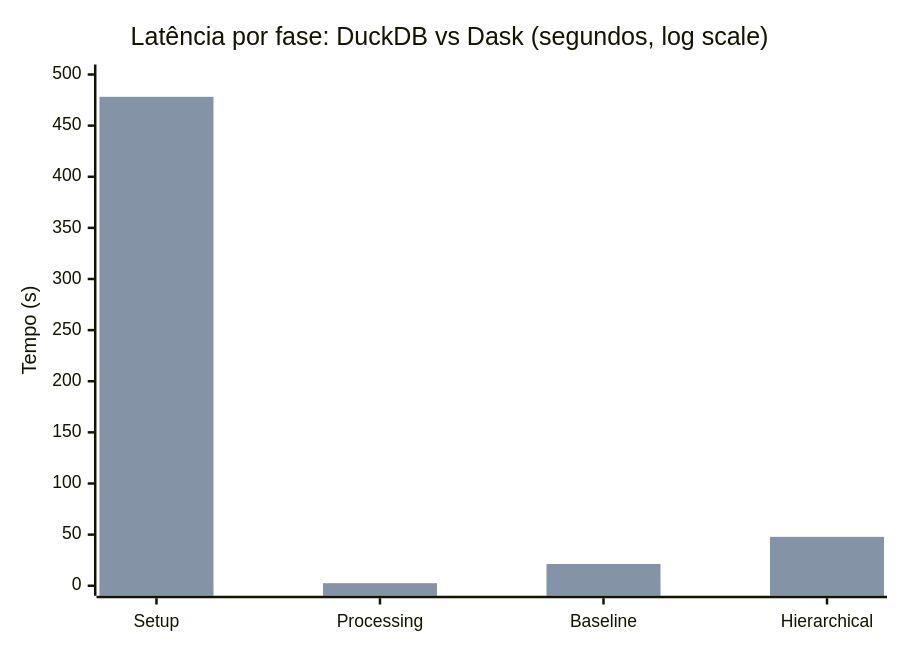
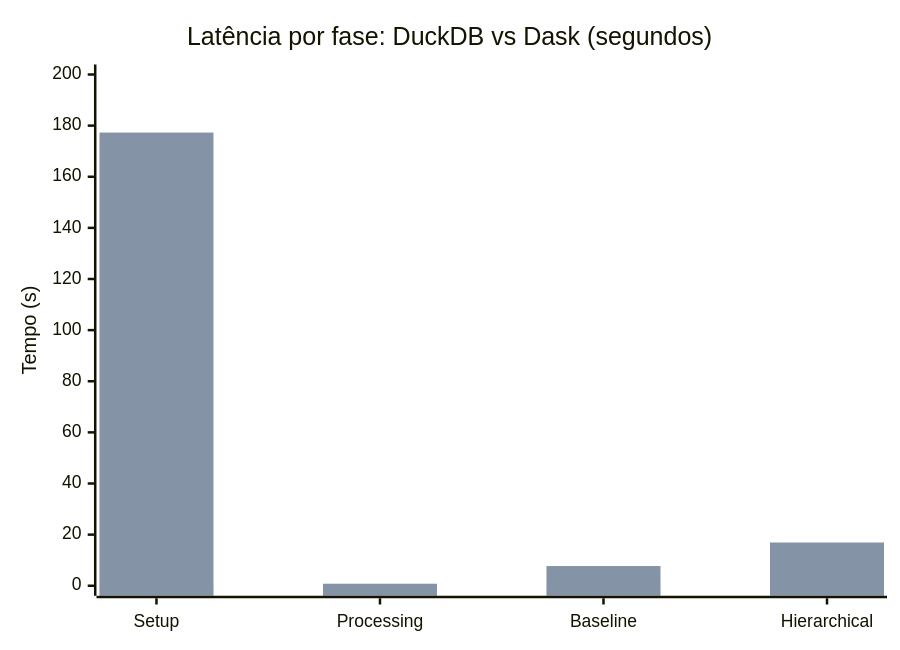
One commit to DATA-UFMS/rampart-framework changed the fifth of 5 diagrams in README.md. Above: the diagram before and after it, drawn with Mermaid. The commit also changed other lines of this file and 1 other file, not shown here.

Commit message:
docs: atualiza números do benchmark para L4as_v4 (32GB RAM)
Resultados da nova execução com fairness fixes (randomização de ordem,
gc.collect, feature set unificado). Setup 452x, Total 12x, dz > 47.

````diff
--- a/README.md
+++ b/README.md
@@ -196,14 +196,14 @@
 ```mermaid
 ---
 config:
   themeVariables:
     xyChart:
       backgroundColor: transparent
 ---
 xychart-beta
-    title "Latência por fase: DuckDB vs Dask (segundos, log scale)"
+    title "Latência por fase: DuckDB vs Dask (segundos)"
     x-axis ["Setup", "Processing", "Baseline", "Hierarchical"]
-    y-axis "Tempo (s)" 0 --> 500
-    bar [0.83, 0.32, 3.81, 43.22]
-    bar [478.18, 2.50, 21.27, 47.83]
+    y-axis "Tempo (s)" 0 --> 200
+    bar [0.39, 0.16, 1.19, 15.23]
+    bar [177.28, 0.79, 7.71, 16.92]
 ```
````
